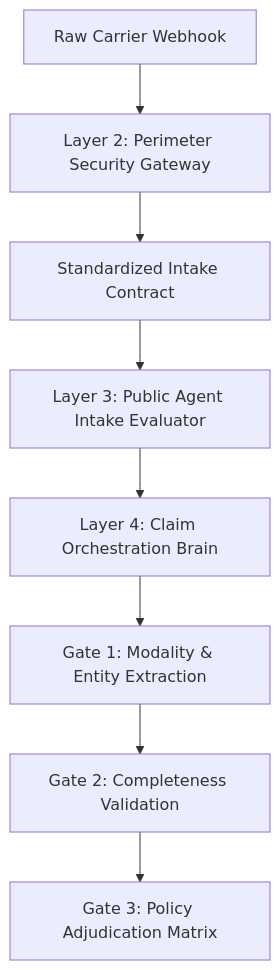
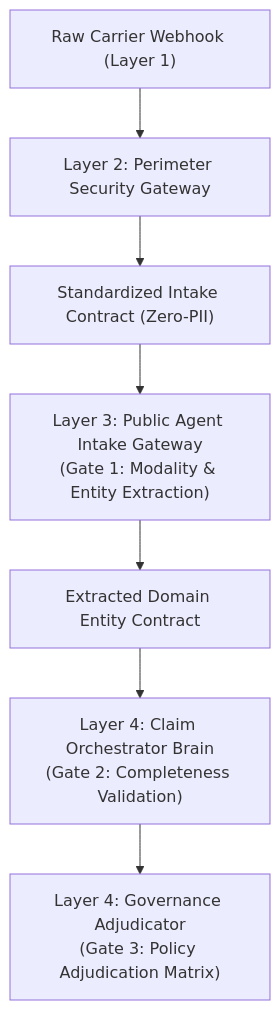
Before and after one commit to gargmishu/agristack-dbt-core: the diagram in .agents/skills/documentation-standards/SKILL.md, drawn with Mermaid.

Commit message:
refactor: update environment setup script with uv and python 3.13 support and refresh documentation cross-links

````diff
--- a/.agents/skills/documentation-standards/SKILL.md
+++ b/.agents/skills/documentation-standards/SKILL.md
@@ -87,10 +87,9 @@
 ```mermaid
 flowchart TD
-    A["Raw Carrier Webhook"] --> B["Layer 2: Perimeter Security Gateway"]
-    B --> C["Standardized Intake Contract"]
-    C --> D["Layer 3: Public Agent Intake Evaluator"]
-    D --> E["Layer 4: Claim Orchestration Brain"]
-    E --> F["Gate 1: Modality & Entity Extraction"]
-    F --> G["Gate 2: Completeness Validation"]
-    G --> H["Gate 3: Policy Adjudication Matrix"]
+    A["Raw Carrier Webhook (Layer 1)"] --> B["Layer 2: Perimeter Security Gateway"]
+    B --> C["Standardized Intake Contract (Zero-PII)"]
+    C --> D["Layer 3: Public Agent Intake Gateway<br/>(Gate 1: Modality & Entity Extraction)"]
+    D --> E["Extracted Domain Entity Contract"]
+    E --> F["Layer 4: Claim Orchestrator Brain<br/>(Gate 2: Completeness Validation)"]
+    F --> G["Layer 4: Governance Adjudicator<br/>(Gate 3: Policy Adjudication Matrix)"]
 ```
````
